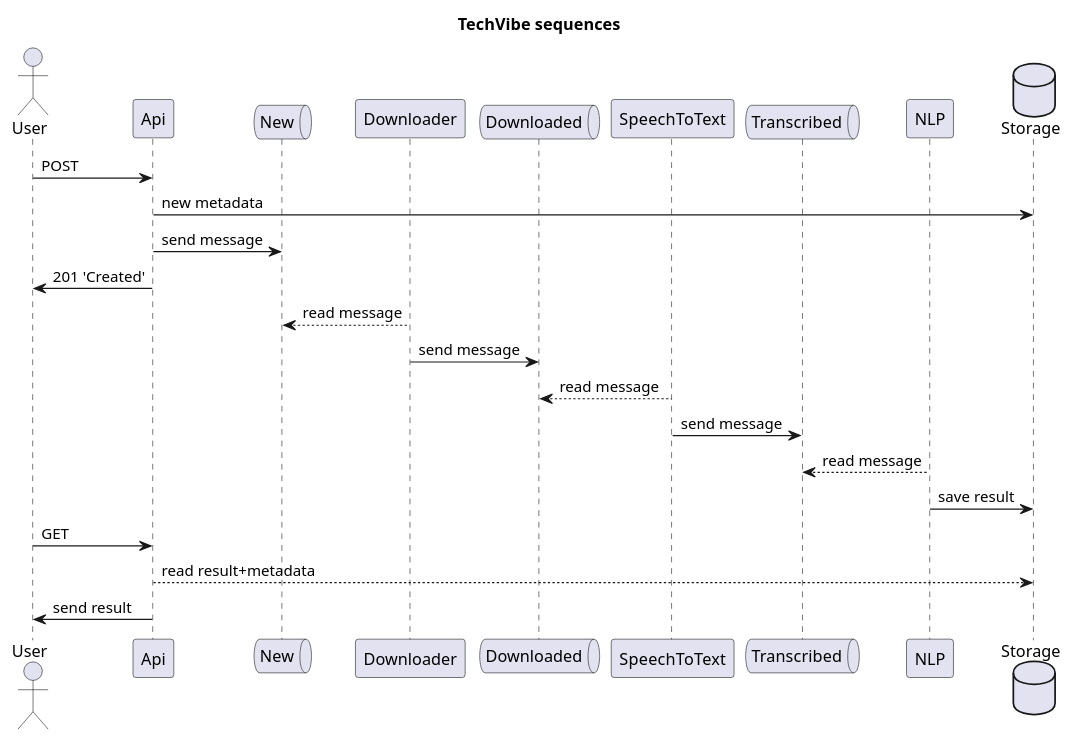
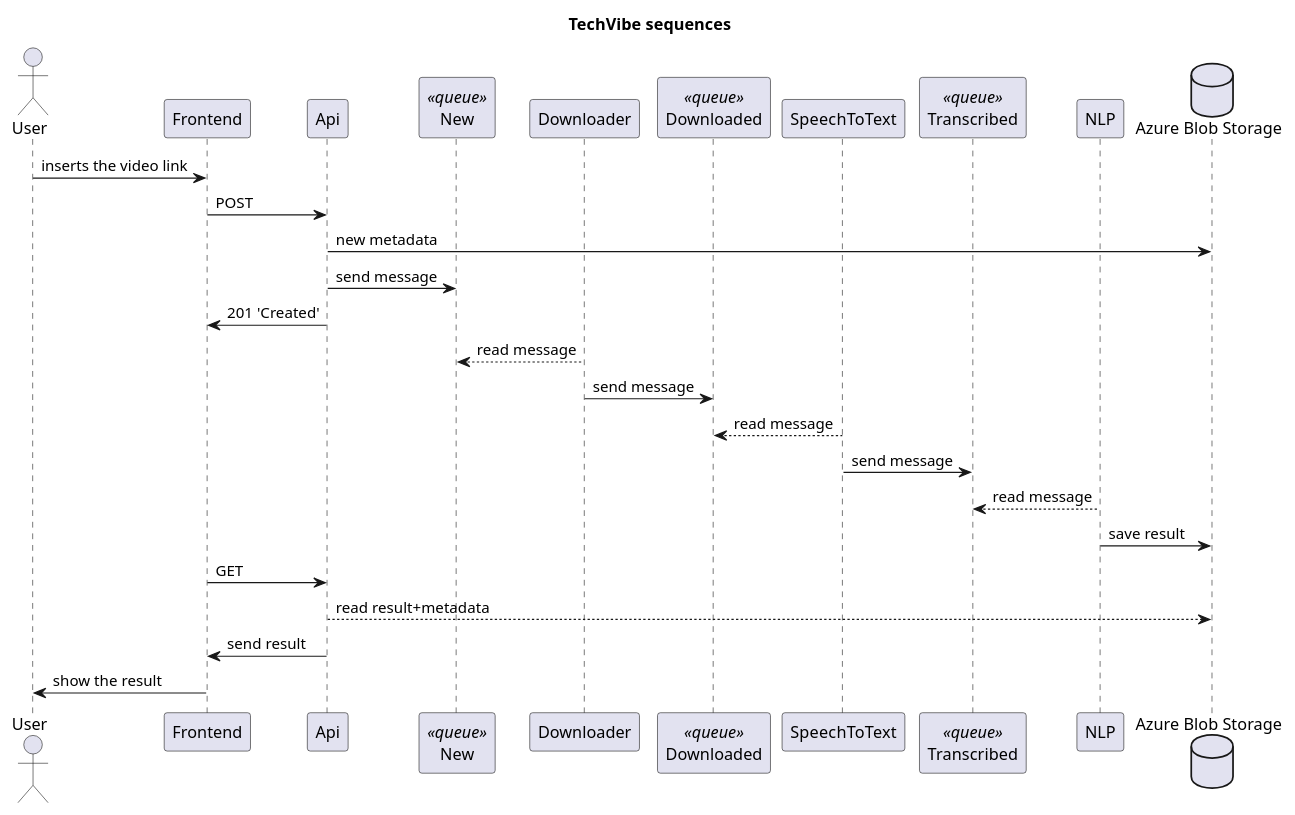
Before and after one commit to Yehor-Kovalenko/TechVibe: the diagram in docs/sequence.puml, drawn with PlantUML. The commit also changed 1 other file, not shown here.

Commit message:
diagrams

```diff
--- a/docs/sequence.puml
+++ b/docs/sequence.puml
@@ -1,34 +1,36 @@
 @startuml
 title TechVibe sequences
 
 actor User
 
+participant Frontend
 participant Api
-queue New
+participant New <<queue>>
 participant Downloader
-queue Downloaded
+participant Downloaded <<queue>>
 participant SpeechToText
-queue Transcribed
+participant Transcribed <<queue>>
 participant NLP
 
 
-database Storage
+database "Azure Blob Storage" as Storage
 
-User -> Api : POST
+User -> Frontend : inserts the video link
+Frontend -> Api : POST
 Api -> Storage : new metadata
 Api -> New : send message
-Api -> User : 201 'Created'
+Api -> Frontend : 201 'Created'
 Downloader --> New : read message
 Downloader -> Downloaded : send message
 SpeechToText --> Downloaded : read message
 SpeechToText -> Transcribed : send message
 NLP --> Transcribed : read message
 NLP -> Storage : save result
 
-User -> Api : GET
+Frontend -> Api : GET
 Api --> Storage : read result+metadata
-Api -> User : send result
-
+Api -> Frontend : send result
+Frontend -> User : show the result
 
 
 @enduml
```
